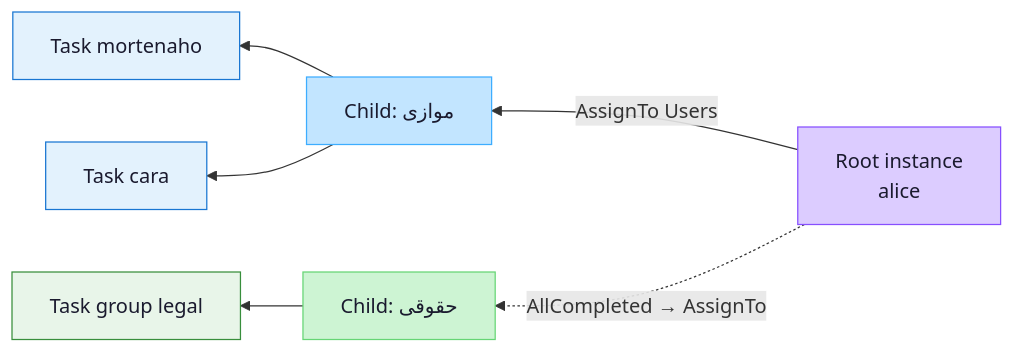
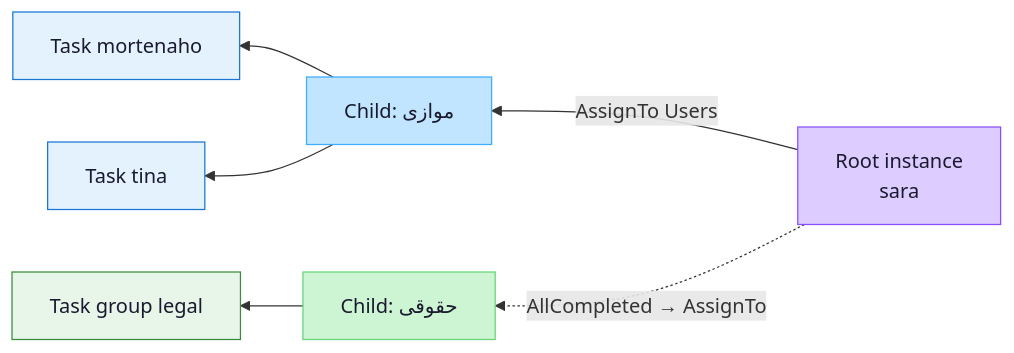
One commit to mortenaho/WorkFlowEngine changed the third of 4 diagrams in docs/usage.md. Above: the diagram before and after it, drawn with Mermaid. The commit also changed other lines of this file and 38 other files, not shown here.

````diff
--- a/docs/usage.md
+++ b/docs/usage.md
@@ -235,22 +235,22 @@
 ```mermaid
 flowchart RL
-    root["Root instance<br/>alice"]
+    root["Root instance<br/>sara"]
     child1["Child: موازی"]
     child2["Child: حقوقی"]
     t1["Task mortenaho"]
-    t2["Task cara"]
+    t2["Task tina"]
     t3["Task group legal"]
 
     root -->|"AssignTo Users"| child1
     child1 --> t1
     child1 --> t2
     root -.->|"AllCompleted → AssignTo"| child2
     child2 --> t3
 
     style root fill:#DCCCFF,stroke:#874FFF,color:#1a1a2e
     style child1 fill:#C2E5FF,stroke:#3DADFF,color:#1a1a2e
     style child2 fill:#CDF4D3,stroke:#66D575,color:#1a1a2e
     style t1 fill:#e3f2fd,stroke:#1976d2,color:#1a1a2e
     style t2 fill:#e3f2fd,stroke:#1976d2,color:#1a1a2e
     style t3 fill:#e8f5e9,stroke:#388e3c,color:#1a1a2e
 ```
````
